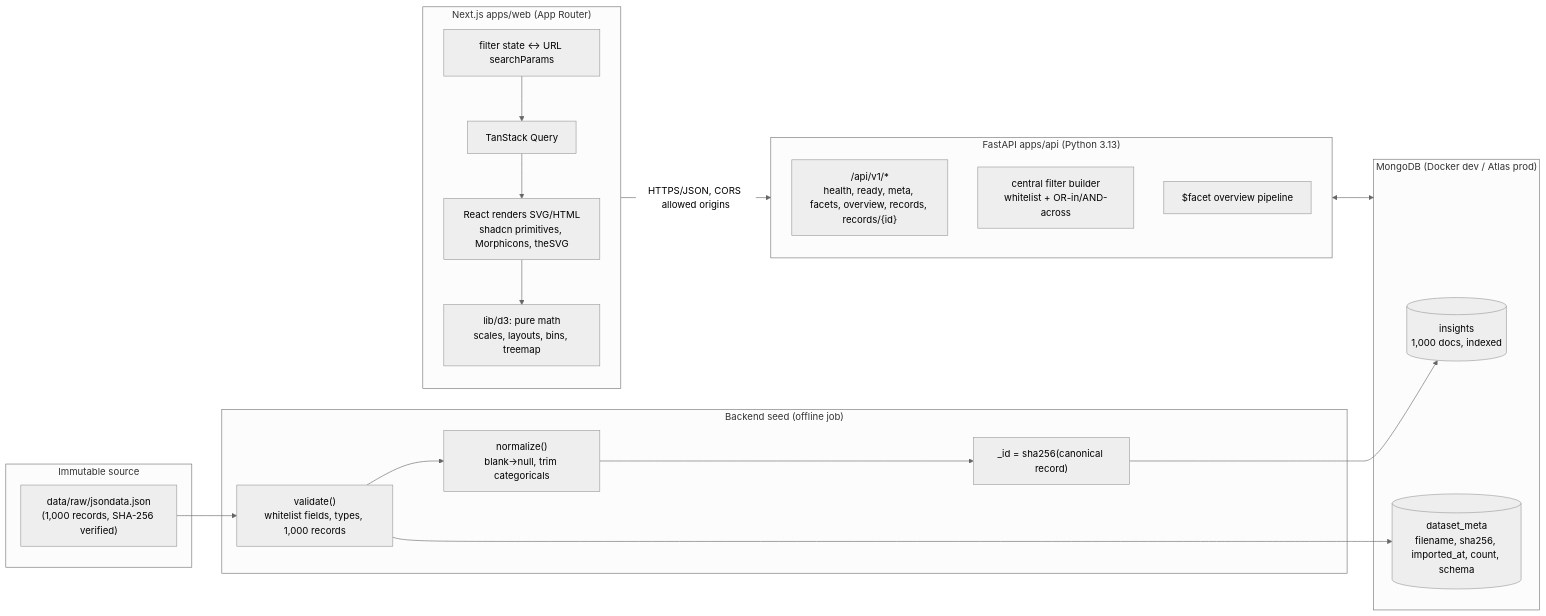
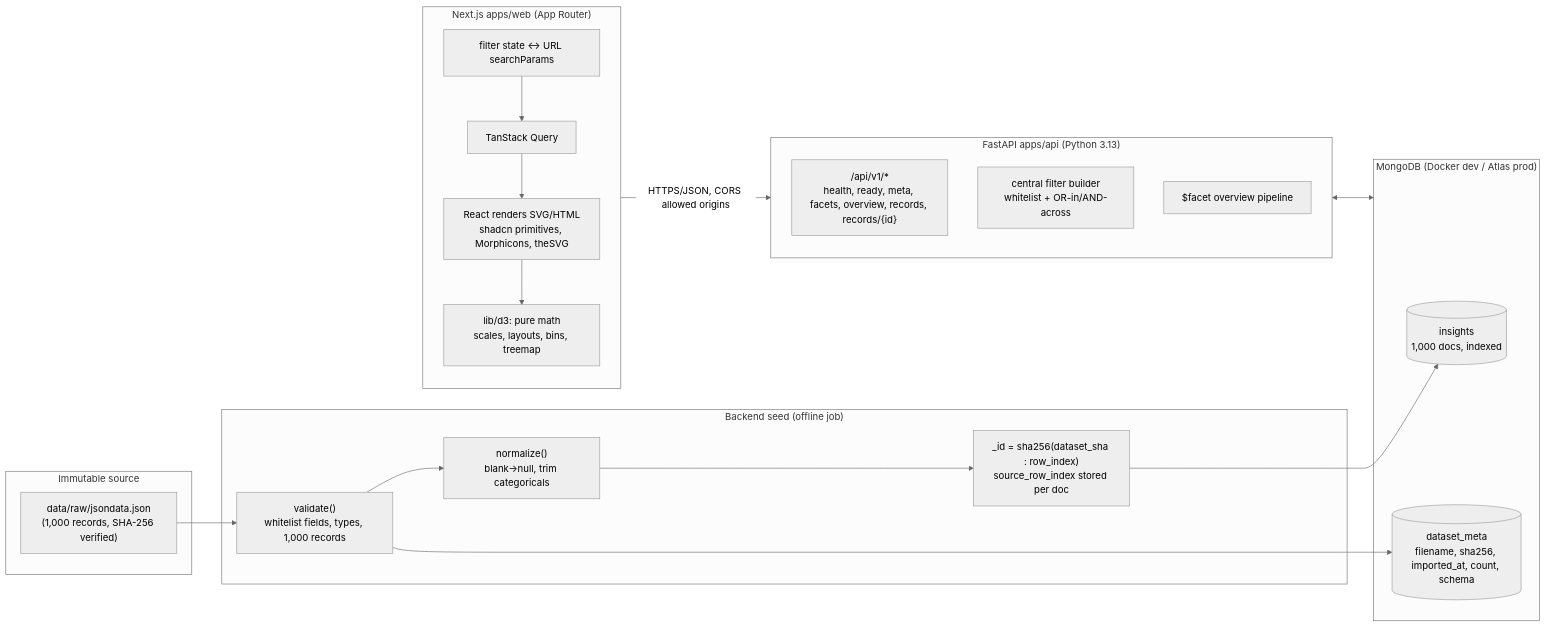
One commit to nipungoel24/visualization-dashboard changed the diagram in Architecture.md. Above: the diagram before and after it, drawn with Mermaid (neutral theme). The commit also changed other lines of this file and 35 other files, not shown here.

````diff
--- a/Architecture.md
+++ b/Architecture.md
@@ -11,36 +11,36 @@
 ```mermaid
 flowchart LR
     subgraph Input["Immutable source"]
         RAW["data/raw/jsondata.json<br/>(1,000 records, SHA-256 verified)"]
     end
 
     subgraph Seed["Backend seed (offline job)"]
         VAL["validate()<br/>whitelist fields, types, 1,000 records"]
         NORM["normalize()<br/>blank->null, trim categoricals"]
-        HASH["_id = sha256(canonical record)"]
+        HASH["_id = sha256(dataset_sha : row_index)<br/>source_row_index stored per doc"]
     end
 
     subgraph DB["MongoDB (Docker dev / Atlas prod)"]
         INS[("insights<br/>1,000 docs, indexed")]
         META[("dataset_meta<br/>filename, sha256, imported_at, count, schema")]
     end
 
     subgraph API["FastAPI apps/api (Python 3.13)"]
         ROUTERS["/api/v1/*<br/>health, ready, meta, facets, overview, records, records/{id}"]
         FILTERS["central filter builder<br/>whitelist + OR-in/AND-across"]
         AGG["$facet overview pipeline"]
     end
 
     subgraph Web["Next.js apps/web (App Router)"]
         STATE["filter state <-> URL searchParams"]
         TQ["TanStack Query"]
         D3LIB["lib/d3: pure math<br/>scales, layouts, bins, treemap"]
         UI["React renders SVG/HTML<br/>shadcn primitives, Morphicons, theSVG"]
     end
 
     RAW --> VAL --> NORM --> HASH --> INS
     VAL --> META
     API <--> DB
     Web -->|"HTTPS/JSON, CORS allowed origins"| API
     STATE --> TQ --> UI --> D3LIB
 ```
````
